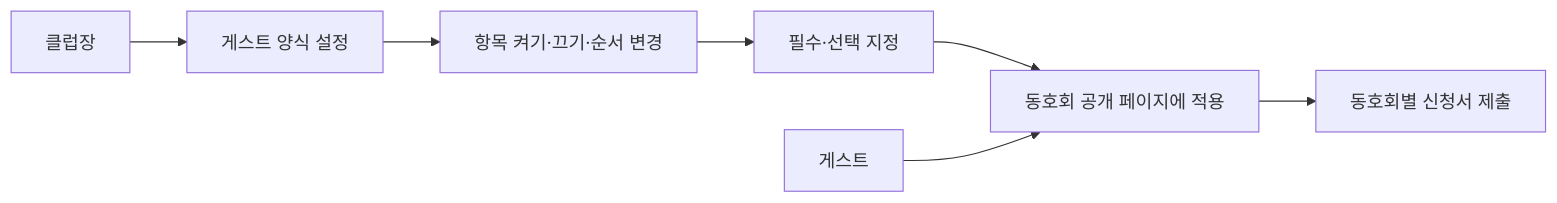
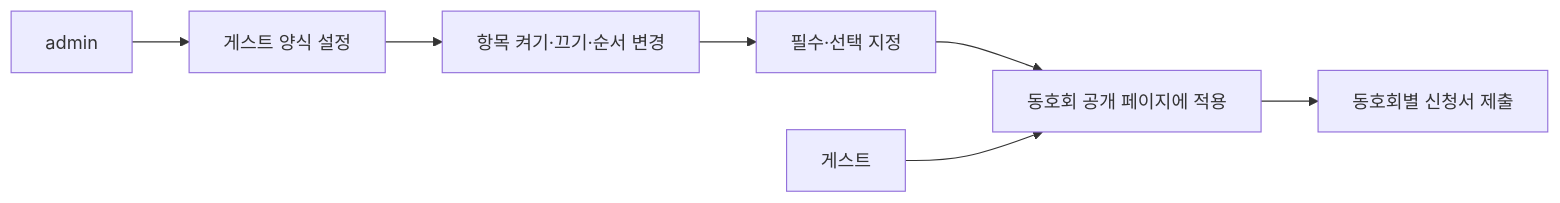
Before and after one commit to 2hyun2/badminton-club-platform: the ninth of 9 diagrams in 02 UI 화면 흐름.md, drawn with Mermaid. The commit also changed other lines of this file and 12 other files, not shown here.

````diff
--- a/02 UI 화면 흐름.md
+++ b/02 UI 화면 흐름.md
@@ -321,9 +321,9 @@
 ```mermaid
 flowchart LR
-    Owner[클럽장] --> FormSetting[게스트 양식 설정]
+    Admin[admin] --> FormSetting[게스트 양식 설정]
     FormSetting --> Fields[항목 켜기·끄기·순서 변경]
     Fields --> Required[필수·선택 지정]
     Required --> Published[동호회 공개 페이지에 적용]
     Guest[게스트] --> Published
     Published --> Submit[동호회별 신청서 제출]
 ```
````
